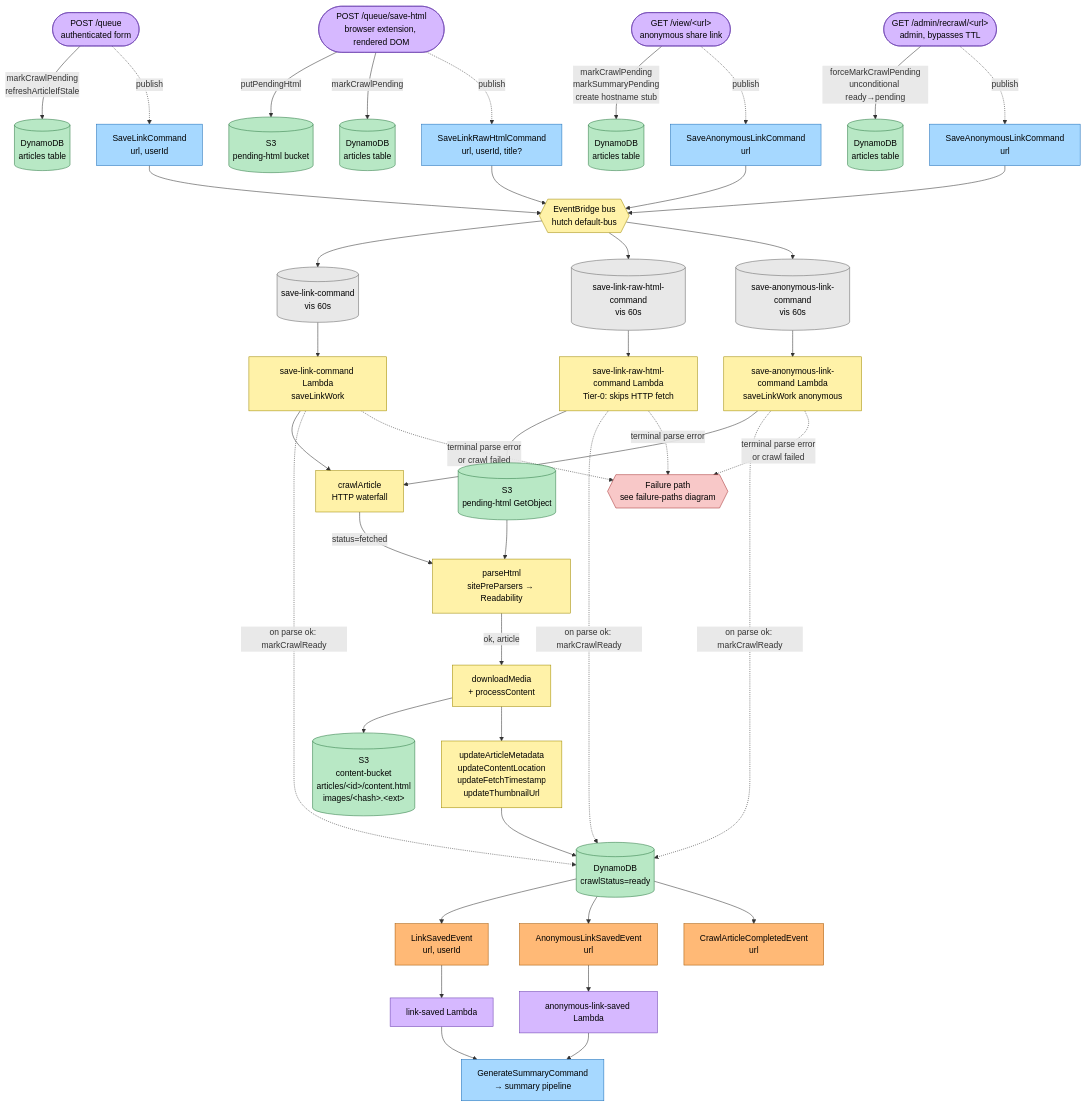
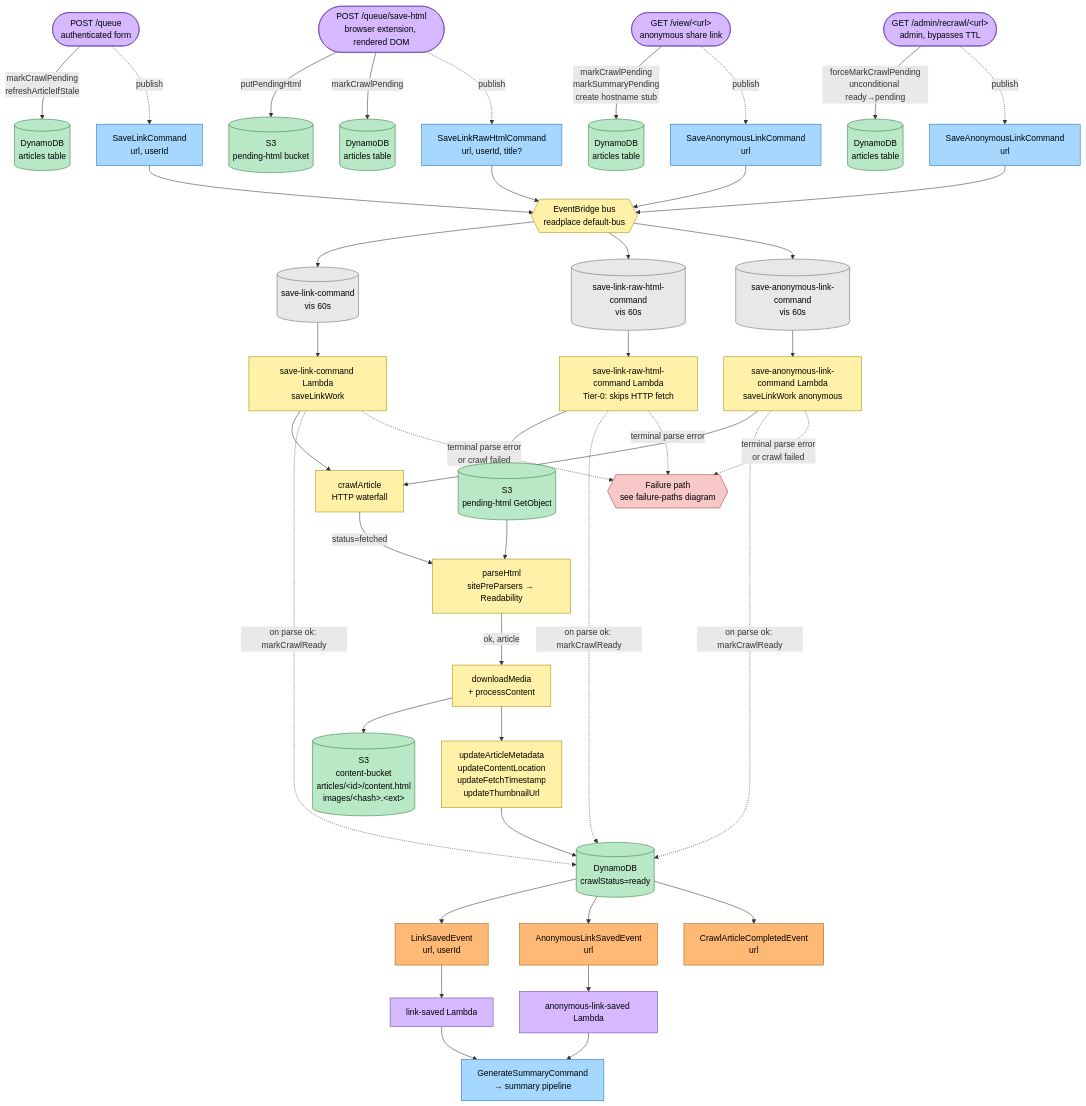
The second of 4 diagrams in .architecture/2026-04-24-d5f38258/article-crawl-pipeline.md (HutchApp/hutch-app), drawn with Mermaid before and after one commit. The commit also changed other lines of this file and 17 other files, not shown here.

Commit message:
docs: rename hutch to readplace across skills and md files

```diff
--- a/.architecture/2026-04-24-d5f38258/article-crawl-pipeline.md
+++ b/.architecture/2026-04-24-d5f38258/article-crawl-pipeline.md
@@ -87,7 +87,7 @@
     Recrawl -.publish.-> SALC2
 
     %% Event bus -> SQS queues
-    Bus{{EventBridge bus<br/>hutch default-bus}}:::system
+    Bus{{EventBridge bus<br/>readplace default-bus}}:::system
     SLC --> Bus
     SLRHC --> Bus
     SALC1 --> Bus
```
